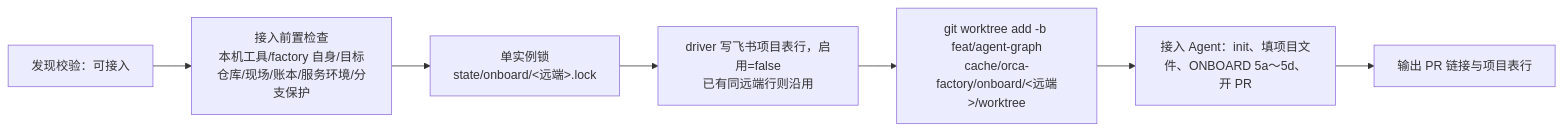
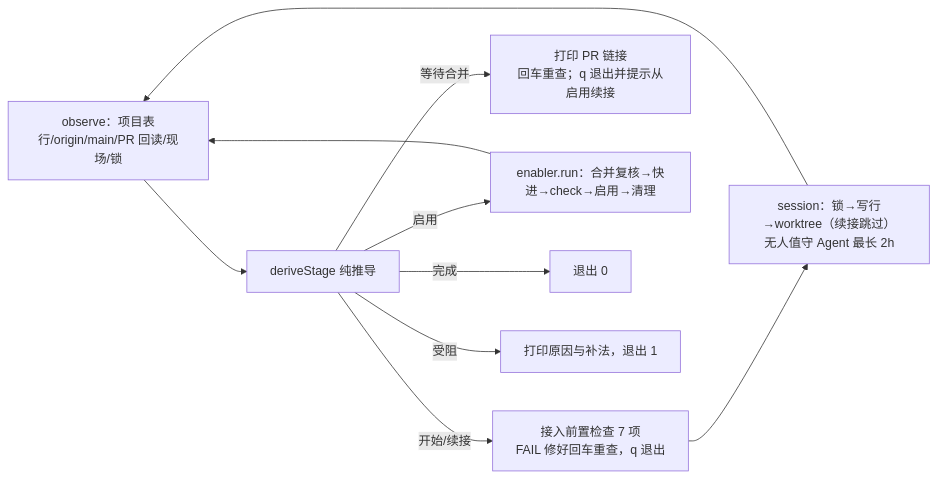
One commit to vmxmy/orca-factory changed the first of 2 diagrams in driver/README.md. Above: the diagram before and after it, drawn with Mermaid. The commit also changed other lines of this file and 11 other files, not shown here.

First line of the commit message:
feat(driver): onboard 终端向导，阶段由外部事实推导并可续接（OF-197） (#541)

````diff
--- a/driver/README.md
+++ b/driver/README.md
@@ -224,9 +226,12 @@
 ```mermaid
 flowchart LR
-    A[发现校验：可接入] --> P[接入前置检查<br/>本机工具/factory 自身/目标仓库/现场/账本/服务环境/分支保护]
-    P --> B[单实例锁<br/>state/onboard/&lt;远端&gt;.lock]
-    B --> E[driver 写飞书项目表行，启用=false<br/>已有同远端行则沿用]
-    E --> C[git worktree add -b feat/agent-graph<br/>cache/orca-factory/onboard/&lt;远端&gt;/worktree]
-    C --> D[接入 Agent：init、填项目文件、ONBOARD 5a～5d、开 PR]
-    D --> F[输出 PR 链接与项目表行]
+    A[observe：项目表行/origin/main/PR 回读/现场/锁] --> V[deriveStage 纯推导]
+    V -- 开始/续接 --> P[接入前置检查 7 项<br/>FAIL 修好回车重查，q 退出]
+    P --> S[session：锁→写行→worktree（续接跳过）<br/>无人值守 Agent 最长 2h]
+    S --> A
+    V -- 等待合并 --> W[打印 PR 链接<br/>回车重查；q 退出并提示从启用续接]
+    V -- 启用 --> E[enabler.run：合并复核→快进→check→启用→清理]
+    E --> A
+    V -- 完成 --> D0[退出 0]
+    V -- 受阻 --> D1[打印原因与补法，退出 1]
 ```
````
